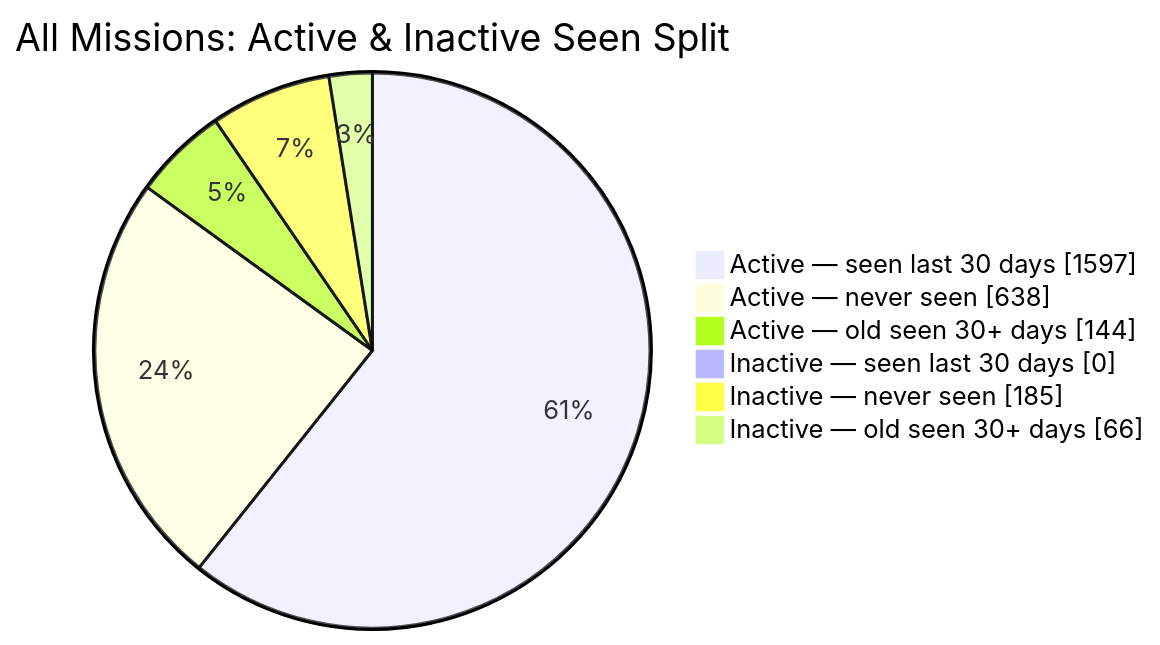
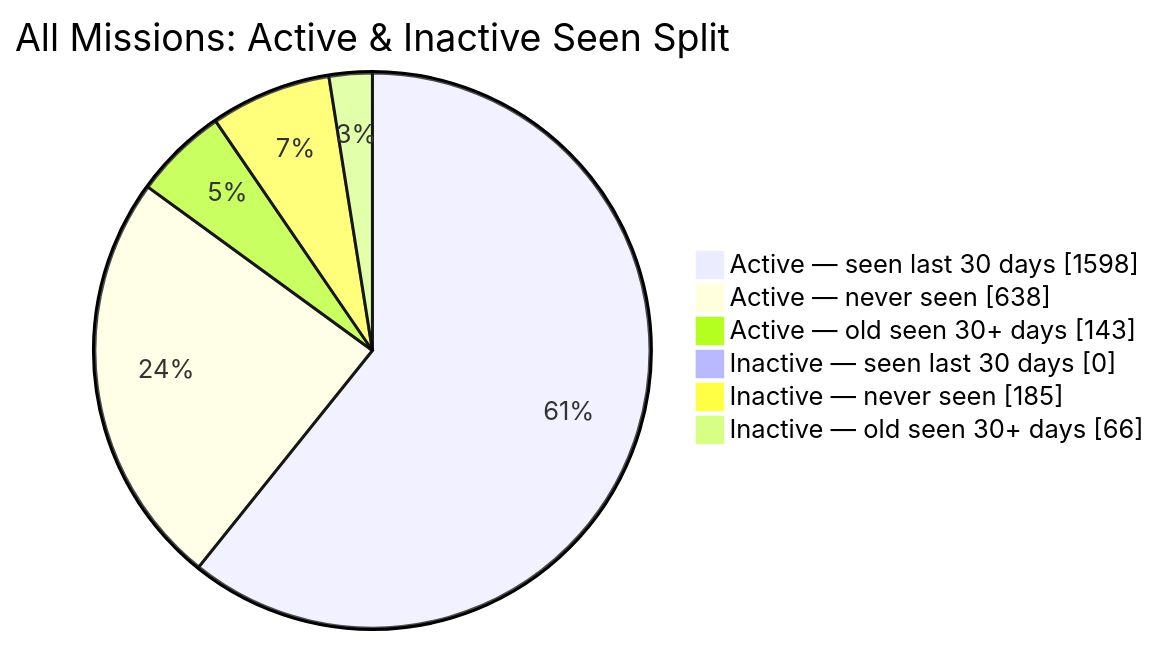
Before and after one commit to MeldkamerspelGameTeam/active-missions: the second of 2 diagrams in README.md, drawn with Mermaid. The commit also changed other lines of this file and 2 other files, not shown here.

````diff
--- a/README.md
+++ b/README.md
@@ -44,10 +44,10 @@
 ```mermaid
 pie showData
     title All Missions: Active & Inactive Seen Split
-    "Active — seen last 30 days" : 1597
+    "Active — seen last 30 days" : 1598
     "Active — never seen" : 638
-    "Active — old seen 30+ days" : 144
+    "Active — old seen 30+ days" : 143
     "Inactive — seen last 30 days" : 0
     "Inactive — never seen" : 185
     "Inactive — old seen 30+ days" : 66
 ```
````
